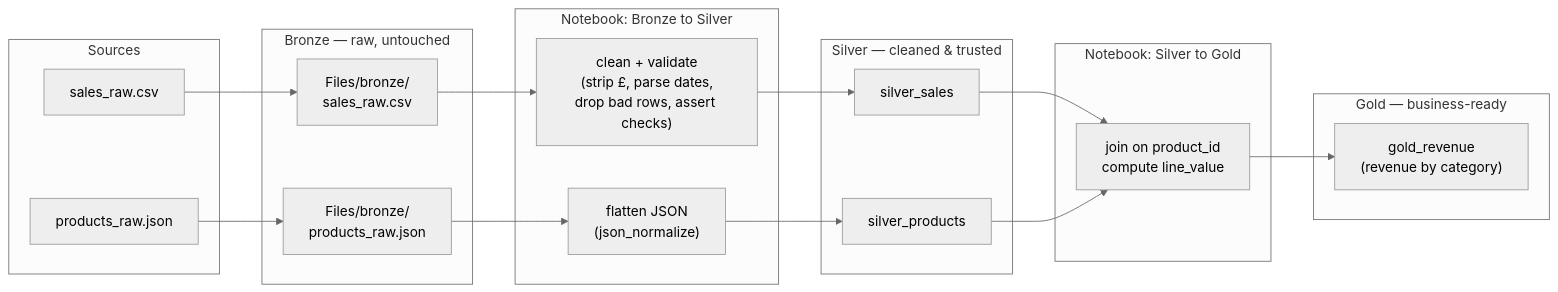
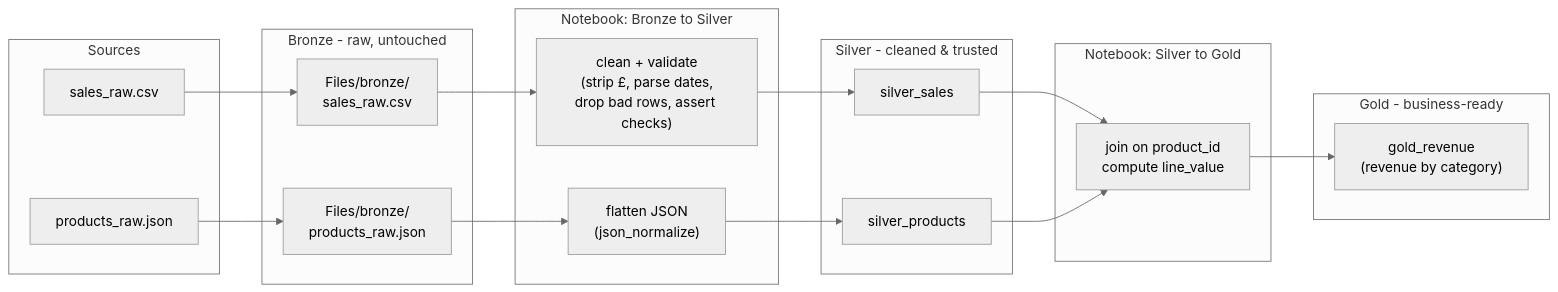
Before and after one commit to qaalabs/DE5M3: the diagram in docs/day4/pipeline-solution.md, drawn with Mermaid (neutral theme). The commit also changed other lines of this file, not shown here.

Commit message:
change formatting

````diff
--- a/docs/day4/pipeline-solution.md
+++ b/docs/day4/pipeline-solution.md
@@ -5,40 +5,40 @@
 ```mermaid
 flowchart LR
     subgraph SRC["Sources"]
         CSV["sales_raw.csv"]
         JSON["products_raw.json"]
     end
 
-    subgraph BRZ["Bronze — raw, untouched"]
+    subgraph BRZ["Bronze - raw, untouched"]
         BCSV["Files/bronze/\nsales_raw.csv"]
         BJSON["Files/bronze/\nproducts_raw.json"]
     end
 
     subgraph NB1["Notebook: Bronze to Silver"]
         CLEAN["clean + validate\n(strip £, parse dates,\ndrop bad rows, assert checks)"]
         FLAT["flatten JSON\n(json_normalize)"]
     end
 
-    subgraph SIL["Silver — cleaned & trusted"]
+    subgraph SIL["Silver - cleaned & trusted"]
         SS["silver_sales"]
         SP["silver_products"]
     end
 
     subgraph NB2["Notebook: Silver to Gold"]
         JOIN["join on product_id\ncompute line_value"]
     end
 
-    subgraph GLD["Gold — business-ready"]
+    subgraph GLD["Gold - business-ready"]
         GR["gold_revenue\n(revenue by category)"]
     end
 
     CSV --> BCSV
     JSON --> BJSON
     BCSV --> CLEAN
     BJSON --> FLAT
     CLEAN --> SS
     FLAT --> SP
     SS --> JOIN
     SP --> JOIN
     JOIN --> GR
 ```
````
